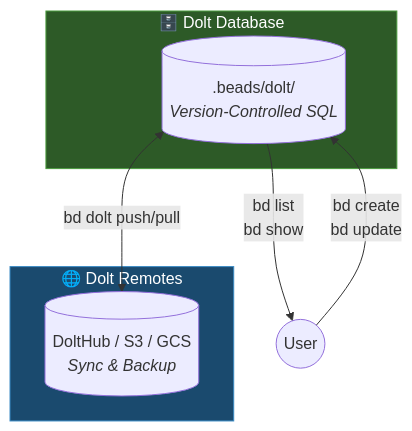
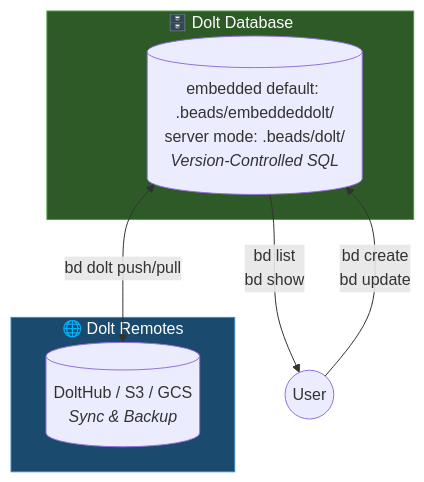
One commit to gastownhall/beads changed the diagram in docs/architecture/index.md. Above: the diagram before and after it, drawn with Mermaid. The commit also changed other lines of this file and 38 other files, not shown here.

````diff
--- a/docs/architecture/index.md
+++ b/docs/architecture/index.md
@@ -16,18 +16,18 @@
 ```mermaid
 flowchart TD
     subgraph DOLT["🗄️ Dolt Database"]
-        D[(".beads/dolt/<br/><i>Version-Controlled SQL</i>")]
+        D[("embedded default: .beads/embeddeddolt/<br/>server mode: .beads/dolt/<br/><i>Version-Controlled SQL</i>")]
     end
 
     subgraph REMOTE["🌐 Dolt Remotes"]
         R[("DoltHub / S3 / GCS<br/><i>Sync & Backup</i>")]
     end
 
     D <-->|"bd dolt push/pull"| R
 
     U((User)) -->|"bd create<br/>bd update"| D
     D -->|"bd list<br/>bd show"| U
 
     style DOLT fill:#2d5a27,stroke:#4a9c3e,color:#fff
     style REMOTE fill:#1a4a6e,stroke:#3a8ac4,color:#fff
 ```
````
